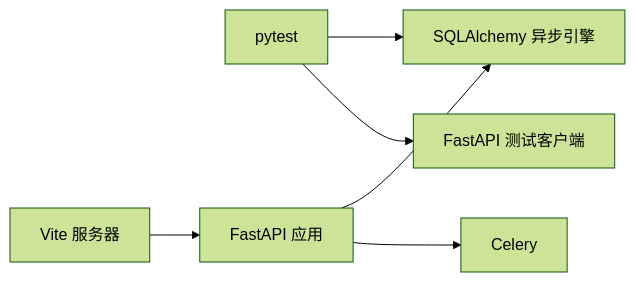
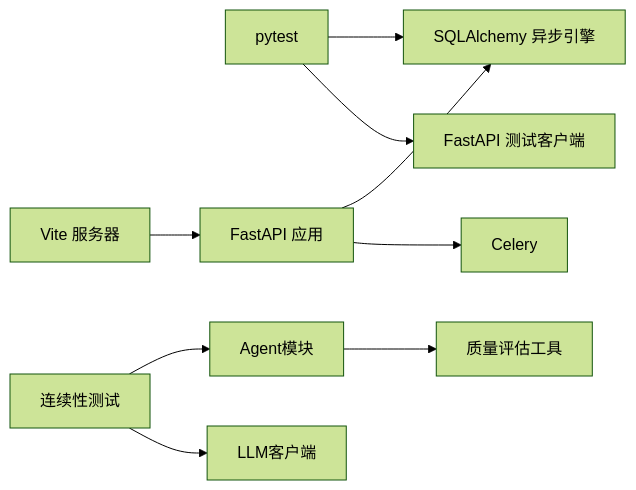
Before and after one commit to xfbyxq/ai-novel-system: the sixth of 6 diagrams in .qoder/repowiki/zh/content/测试策略/测试策略.md, drawn with Mermaid (forest theme). The commit also changed other lines of this file and 38 other files, not shown here.

````diff
--- a/.qoder/repowiki/zh/content/测试策略/测试策略.md
+++ b/.qoder/repowiki/zh/content/测试策略/测试策略.md
@@ -204,8 +321,11 @@
 ```mermaid
 graph LR
 PY["pytest"] --> DB["SQLAlchemy 异步引擎"]
 PY --> HTTP["FastAPI 测试客户端"]
 VITE["Vite 服务器"] --> BE["FastAPI 应用"]
 BE --> DB
 BE --> CEL["Celery"]
+CONTINUITY["连续性测试"] --> AGENTS["Agent模块"]
+CONTINUITY --> LLM["LLM客户端"]
+AGENTS --> QUALITY["质量评估工具"]
 ```
````
